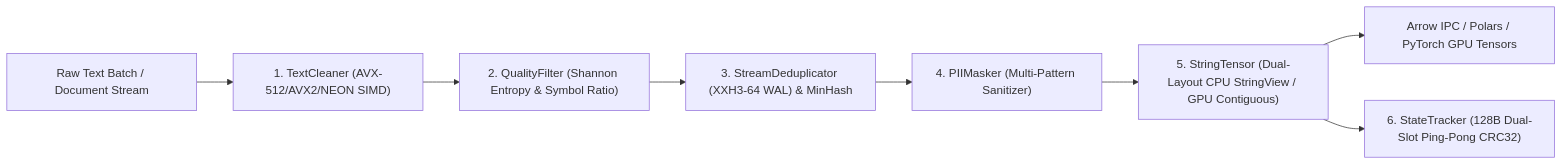
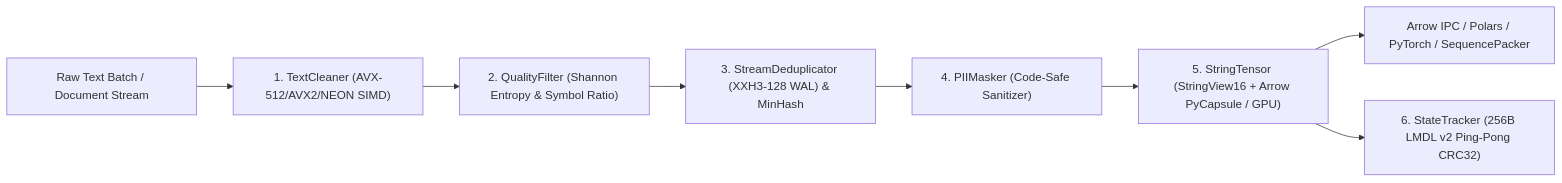
Before and after one commit to cloverx-id/luminamoon: the second of 2 diagrams in docs/en/04_architecture_and_hardware.md, drawn with Mermaid. The commit also changed other lines of this file and 49 other files, not shown here.

````diff
--- a/docs/en/04_architecture_and_hardware.md
+++ b/docs/en/04_architecture_and_hardware.md
@@ -34,10 +34,10 @@
 ```mermaid
 flowchart LR
     Raw["Raw Text Batch / Document Stream"] --> Cleaner["1. TextCleaner (AVX-512/AVX2/NEON SIMD)"]
     Cleaner --> Quality["2. QualityFilter (Shannon Entropy & Symbol Ratio)"]
-    Quality --> Dedup["3. StreamDeduplicator (XXH3-64 WAL) & MinHash"]
-    Dedup --> Masker["4. PIIMasker (Multi-Pattern Sanitizer)"]
-    Masker --> Tensor["5. StringTensor (Dual-Layout CPU StringView / GPU Contiguous)"]
-    Tensor --> Export["Arrow IPC / Polars / PyTorch GPU Tensors"]
-    Tensor --> Checkpoint["6. StateTracker (128B Dual-Slot Ping-Pong CRC32)"]
+    Quality --> Dedup["3. StreamDeduplicator (XXH3-128 WAL) & MinHash"]
+    Dedup --> Masker["4. PIIMasker (Code-Safe Sanitizer)"]
+    Masker --> Tensor["5. StringTensor (StringView16 + Arrow PyCapsule / GPU)"]
+    Tensor --> Export["Arrow IPC / Polars / PyTorch / SequencePacker"]
+    Tensor --> Checkpoint["6. StateTracker (256B LMDL v2 Ping-Pong CRC32)"]
 ```
````
